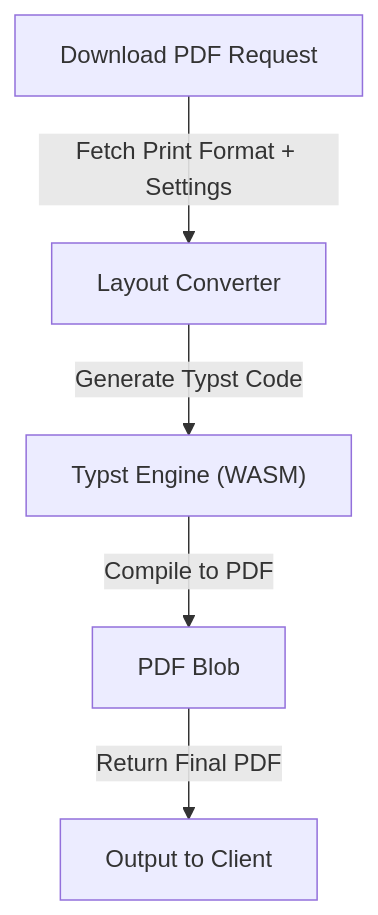
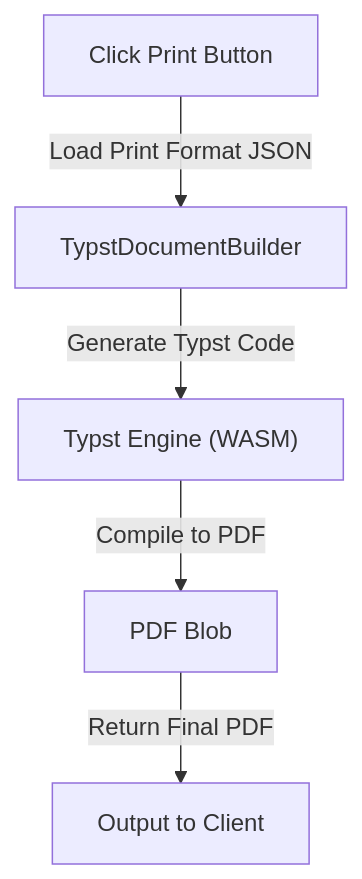
Before and after one commit to frappe/print_designer: the first of 3 diagrams in print_designer/pdf_generator/typst-arch.md, drawn with Mermaid. The commit also changed other lines of this file, not shown here.

Commit message:
Updated architecture

````diff
--- a/print_designer/pdf_generator/typst-arch.md
+++ b/print_designer/pdf_generator/typst-arch.md
@@ -4,7 +4,7 @@
 ```mermaid
 graph TD
-	A[Download PDF Request] -->|Fetch Print Format + Settings| B["Layout Converter"]
+	A[Click Print Button] -->|Load Print Format JSON| B["TypstDocumentBuilder"]
 	B -->|Generate Typst Code| C["Typst Engine (WASM)"]
 	C -->|Compile to PDF| D["PDF Blob"]
 	D -->|Return Final PDF| E["Output to Client"]
 ```
````
